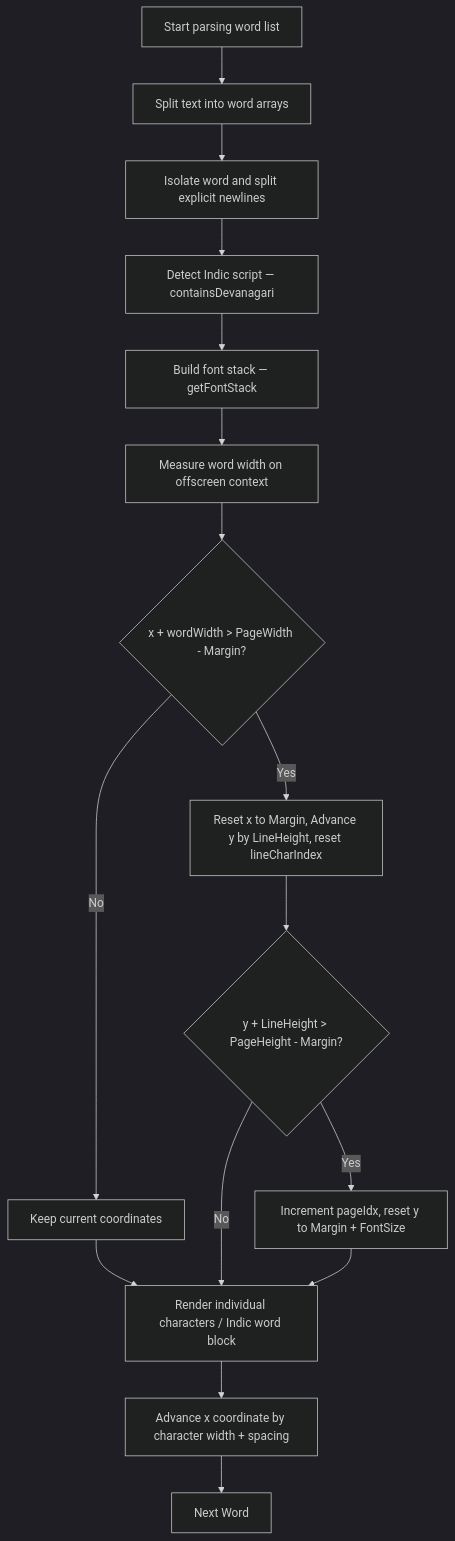
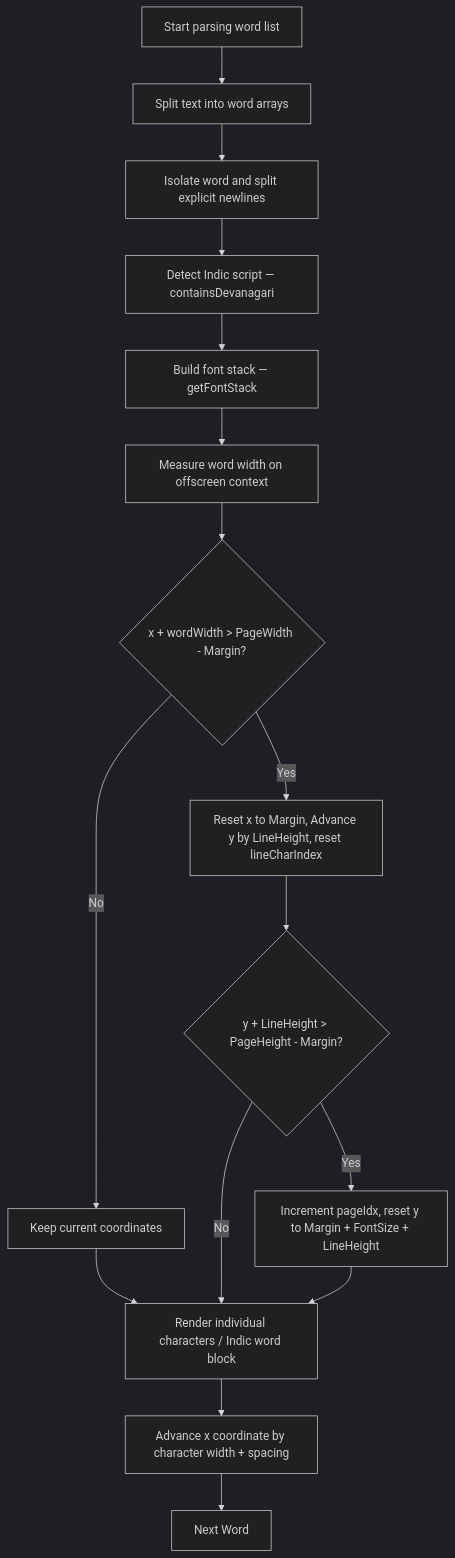
The diagram in docs/handwriting-engine.md (VIPHACKER100/Inkflow), drawn with Mermaid (dark theme) before and after one commit. The commit also changed other lines of this file and 5 other files, not shown here.

````diff
--- a/docs/handwriting-engine.md
+++ b/docs/handwriting-engine.md
@@ -120,18 +120,18 @@
 ```mermaid
 flowchart TD
     A[Start parsing word list] --> B[Split text into word arrays]
     B --> C[Isolate word and split explicit newlines]
     C --> D[Detect Indic script — containsDevanagari]
     D --> E[Build font stack — getFontStack]
     E --> F[Measure word width on offscreen context]
     F --> G{x + wordWidth > PageWidth - Margin?}
     G -->|Yes| H[Reset x to Margin, Advance y by LineHeight, reset lineCharIndex]
     G -->|No| I[Keep current coordinates]
     H --> J{y + LineHeight > PageHeight - Margin?}
     I --> K[Render individual characters / Indic word block]
-    J -->|Yes| L[Increment pageIdx, reset y to Margin + FontSize]
+    J -->|Yes| L[Increment pageIdx, reset y to Margin + FontSize + LineHeight]
     J -->|No| K
     L --> K
     K --> M[Advance x coordinate by character width + spacing]
     M --> N[Next Word]
 ```
````
